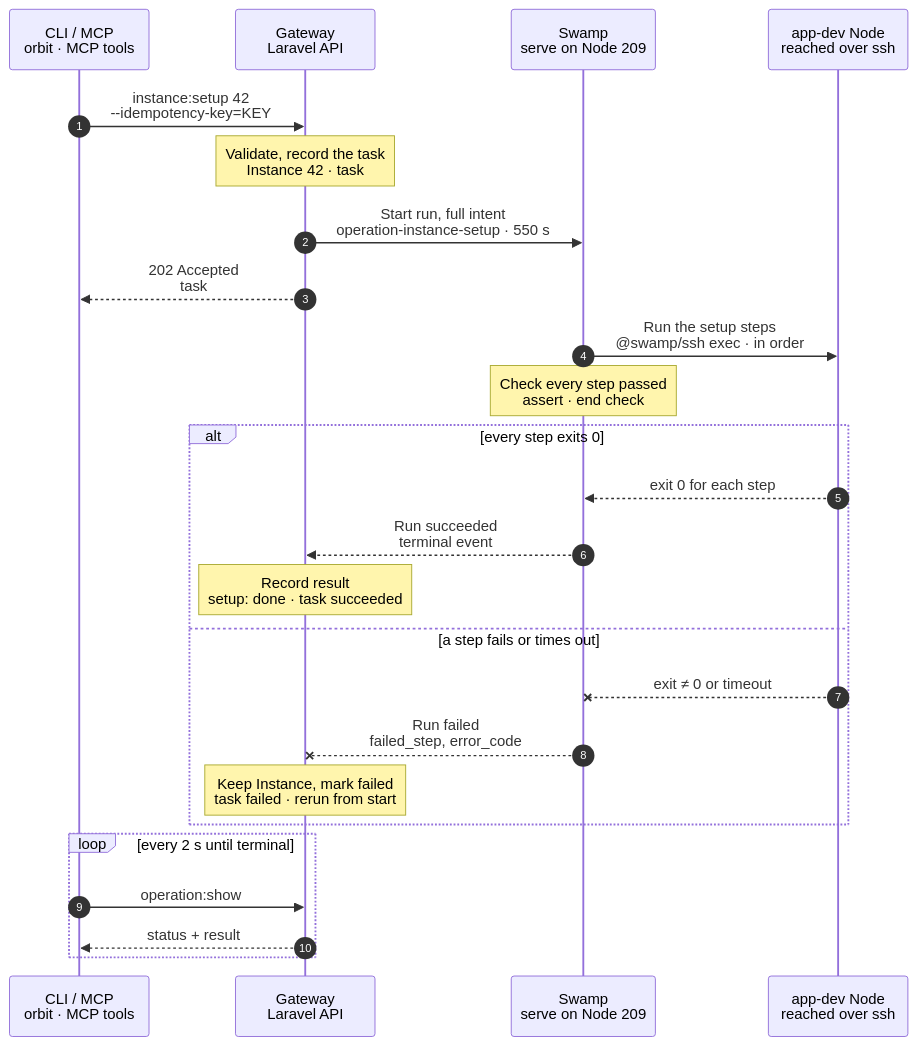
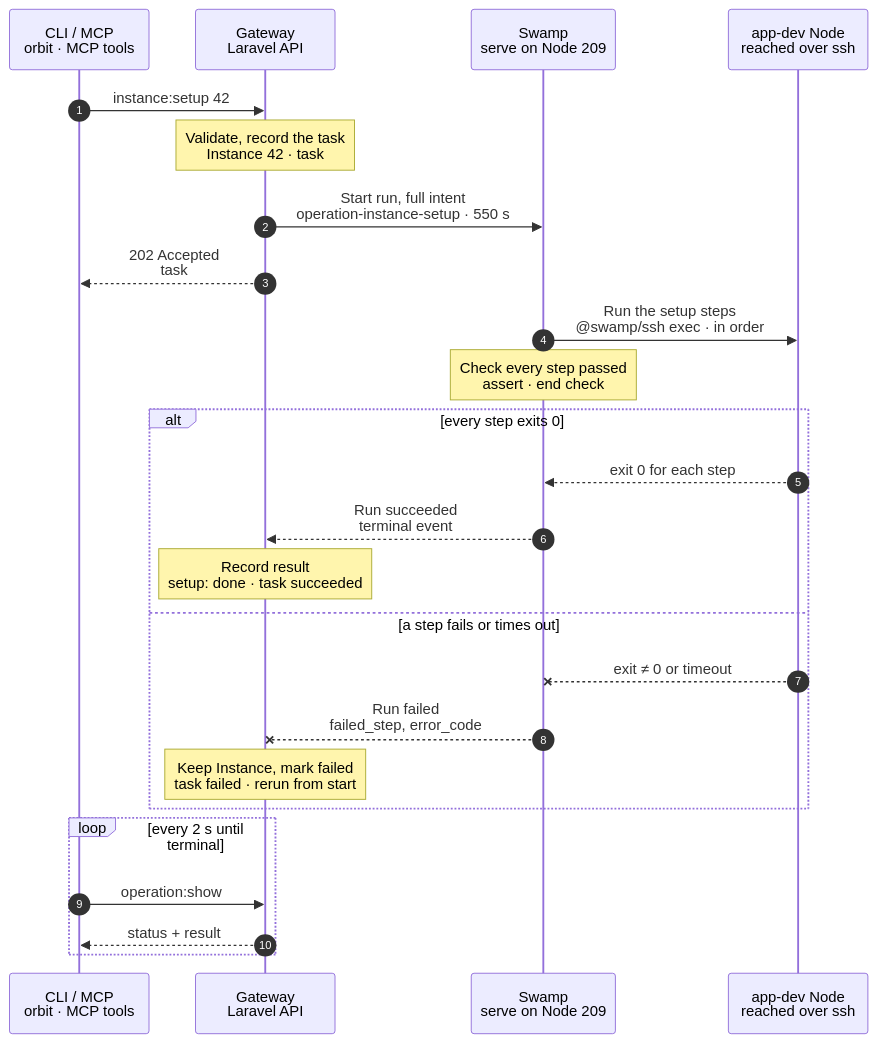
Before and after one commit to hardimpactdev/orbit: the diagram in docs/cli/instance/setup.mmd, drawn with Mermaid. The commit also changed 11 other files, not shown here.

```diff
--- a/docs/cli/instance/setup.mmd
+++ b/docs/cli/instance/setup.mmd
@@ -1,114 +1,114 @@
 sequenceDiagram
   %% Target design: ADR 0244 task, R2-R4 (process.stop shape: 209, @swamp/ssh, full intent as inputs), DECISIONS instance.run_steps (commands as inputs, sudo -u intent account, terminal projection, no API reads). docs/reference/instance-setup.md.
   %% Tightened: flow-tighten 2026-11-02, rules 5, 14, 15, 22 (no script read, no checkout check, no report or assert step).
   %% status: migrated
   %% command: instance:setup
   %% kind: instance.run_steps
   autonumber
   %% lane CLI icon=terminal pill=caller tone=gray
   %% lane GW icon=gateway pill=intent tone=blue
   %% lane SW icon=workflow pill=executes tone=green
   %% lane N icon=server pill=target tone=amber
   participant CLI as CLI / MCP<br/>orbit · MCP tools
   participant GW as Gateway<br/>Laravel API
   participant SW as Swamp<br/>serve on Node 209
   participant N as app-dev Node<br/>reached over ssh
-  CLI->>GW: instance:setup 42<br/>--idempotency-key=KEY
+  CLI->>GW: instance:setup 42
   %%> Command:
   %%> - `orbit instance:setup 42`
   %%> - syntax: `instance:setup <instance> [--idempotency-key=KEY] [--json]`
   %%> Input:
   %%> - the numeric Instance ID
   %%> Who can call it:
   %%> - the `orbit` CLI and the MCP tool send the same request
   Note over GW: Validate, record the task<br/>Instance 42 · task #5133
   %%> Requirements:
   %%> - your Node has an access grant to Node 12, the Node of Instance 42
   %%> - Instance 42 is an active development Instance on an `app-dev` Node
   %%> - no other task holds Instance 42; the Gateway holds one lock per Instance and waits briefly for a busy one
   %%> Records:
   %%> - the Project's setup steps as they are now: names, commands, timeouts, and their digest
   %%> - a later change to the list does not change this task; start a new one to use it
   %%> Result:
   %%> - task #5133 recorded with the full intent
   %%> - nothing has happened on the Node yet
   GW->>SW: Start run, full intent<br/>operation-instance-setup · 550 s
   %%> What it does:
   %%> - starts one Swamp run on serve (Node 209)
   %%> Inputs:
   %%> - `kind`: instance.run_steps
   %%> - every step's name, command and timeout
   %%> - the checkout path, the Instance account and the Node's Vite+ store (`VP_HOME`)
   %%> - the seed: `ORBIT_SEED_PATH` and `ORBIT_SEED_COMMIT` of the `default` Instance on Node 12
   %%> - Node 12's address and SSH host keys; the SSH identity comes from the `swamp` role
   %%> Budget:
   %%> - 550 s for the whole list; the step timeouts add up to at most 540 s
   GW-->>CLI: 202 Accepted<br/>task #5133
   %%> What you get:
   %%> - the task number, at once
   %%> Next:
   %%> - the CLI follows the task with `operation:show`
   SW->>N: Run the setup steps<br/>@swamp/ssh exec · in order
   %%> How:
   %%> - Swamp reaches Node 12 over SSH from 209 with `@swamp/ssh`; nothing is copied to the Node
   %%> - one `@swamp/ssh exec` per setup step: `sudo -u <account> timeout <s> env -C <checkout> bash -euc <command>`, the same runner `instance:create` uses
   %%> - the checkout path comes from the Gateway's records; no step checks it first
   %%> What it does:
   %%> - runs each step's command in order with `bash -eu` from the repository root of the checkout, and stops at the first failure
   %%> - with `ORBIT_INSTANCE_ID`, `ORBIT_INSTANCE_NAME`, `ORBIT_SEED_PATH` and `ORBIT_SEED_COMMIT` set
   %%> Typical steps:
   %%> - `composer install`
   %%> - `vp install`
   %%> - `php artisan migrate`
   %%> Runs as:
   %%> - the Instance account from the intent, with `sudo -u`; not root
   %%> Limits:
   %%> - `timeout` stops the step's whole process group at its own timeout, so no command keeps running after it
   %%> Progress:
   %%> - one item per setup step, in order; the first failure stops the run with that step's exit code
   %%> Not kept:
   %%> - command text and stdout; only the exit code and a redacted stderr tail
   Note over SW: Check every step passed<br/>assert · end check
   %%> What it does:
   %%> - fails when any setup step failed; the Gateway reads the run's result from this step
   %%> Why:
   %%> - each step is one forEach item, so the run needs one named step that holds the outcome
   alt every step exits 0
     N-->>SW: exit 0 for each step
     %%> Returns:
     %%> - each step's exit code; that is the end state, so no other check runs
     SW-->>GW: Run succeeded<br/>terminal event
     %%> How the Gateway learns it:
     %%> - its shared run reader sees the terminal event and reads the run's outputs; Swamp never calls the Gateway
     Note over GW: Record result<br/>setup: done · task succeeded
     %%> Result:
     %%> - Instance 42's setup is recorded as done, and an earlier failed step is cleared
     %%> - task #5133 succeeds; an empty list also succeeds
   else a step fails or times out
     N--xSW: exit ≠ 0 or timeout
     %%> When:
     %%> - a command exits with an error or runs past its timeout
     %%> - exit 127 or 126: the command is missing or not executable
     %%> Effect:
     %%> - later steps do not run
     SW--xGW: Run failed<br/>failed_step, error_code
     %%> The Gateway reads:
     %%> - the failed step, its exit code and the redacted stderr tail
     %%> - the Gateway maps the exit code to the outcome: 127 or 126 is `missing`, a timeout is `deadline`, others are `failed`
     Note over GW: Keep Instance, mark failed<br/>task failed · rerun from start
     %%> Result:
     %%> - Instance 42 stays active; its setup is marked failed with the step name
     %%> - task #5133 fails with `instance.setup_step_failed`, or `instance.setup_step_unavailable` for a missing command
     %%> On the Node:
     %%> - what earlier steps did stays; there is no rollback and no teardown
     %%> Retry:
     %%> - fix the cause and run `instance:setup` again; it starts at the first step, so steps should converge
   end
   loop every 2 s until terminal
     CLI->>GW: operation:show #5133
     %%> What it does:
     %%> - asks for the task's status every 2 seconds until it has ended
     GW-->>CLI: status + result
     %%> Returns:
     %%> - the current status, and the result once the task has ended
   end
```
